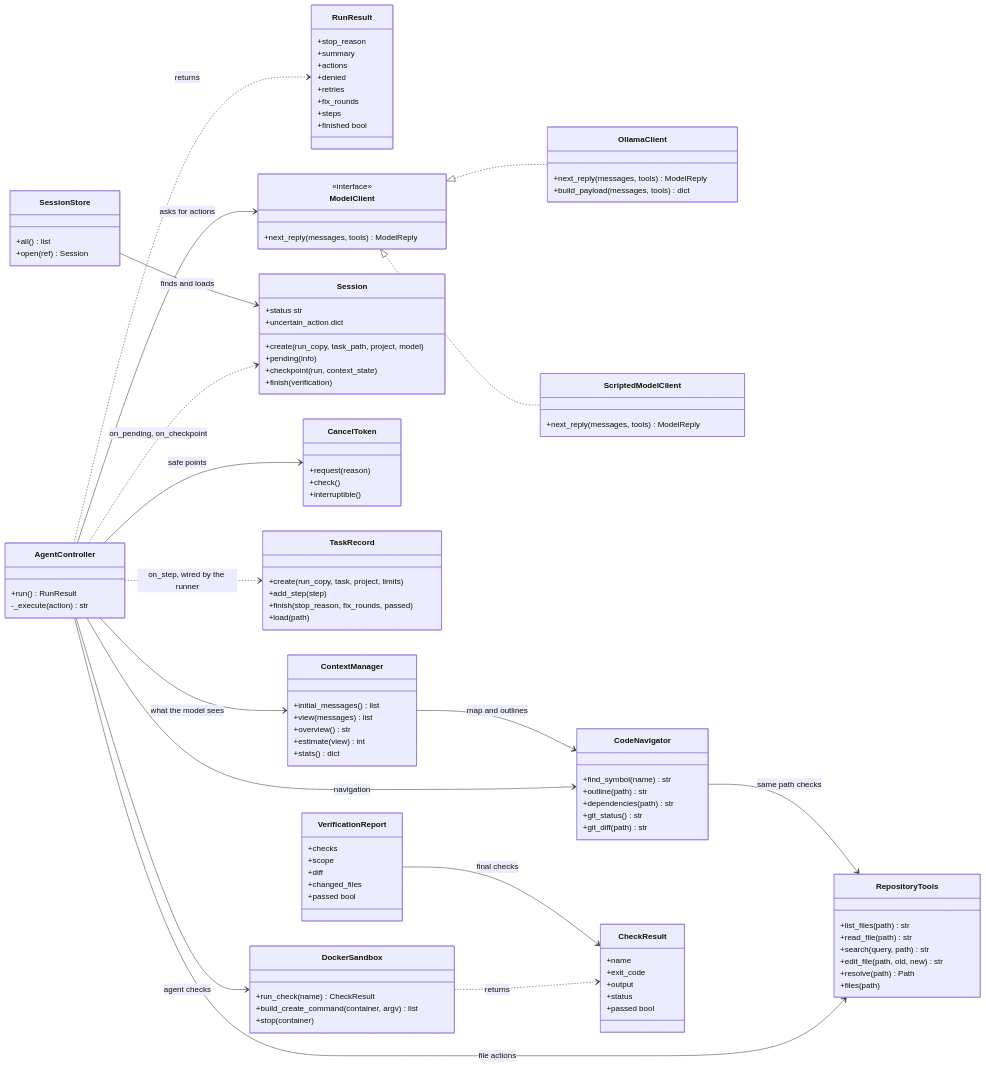
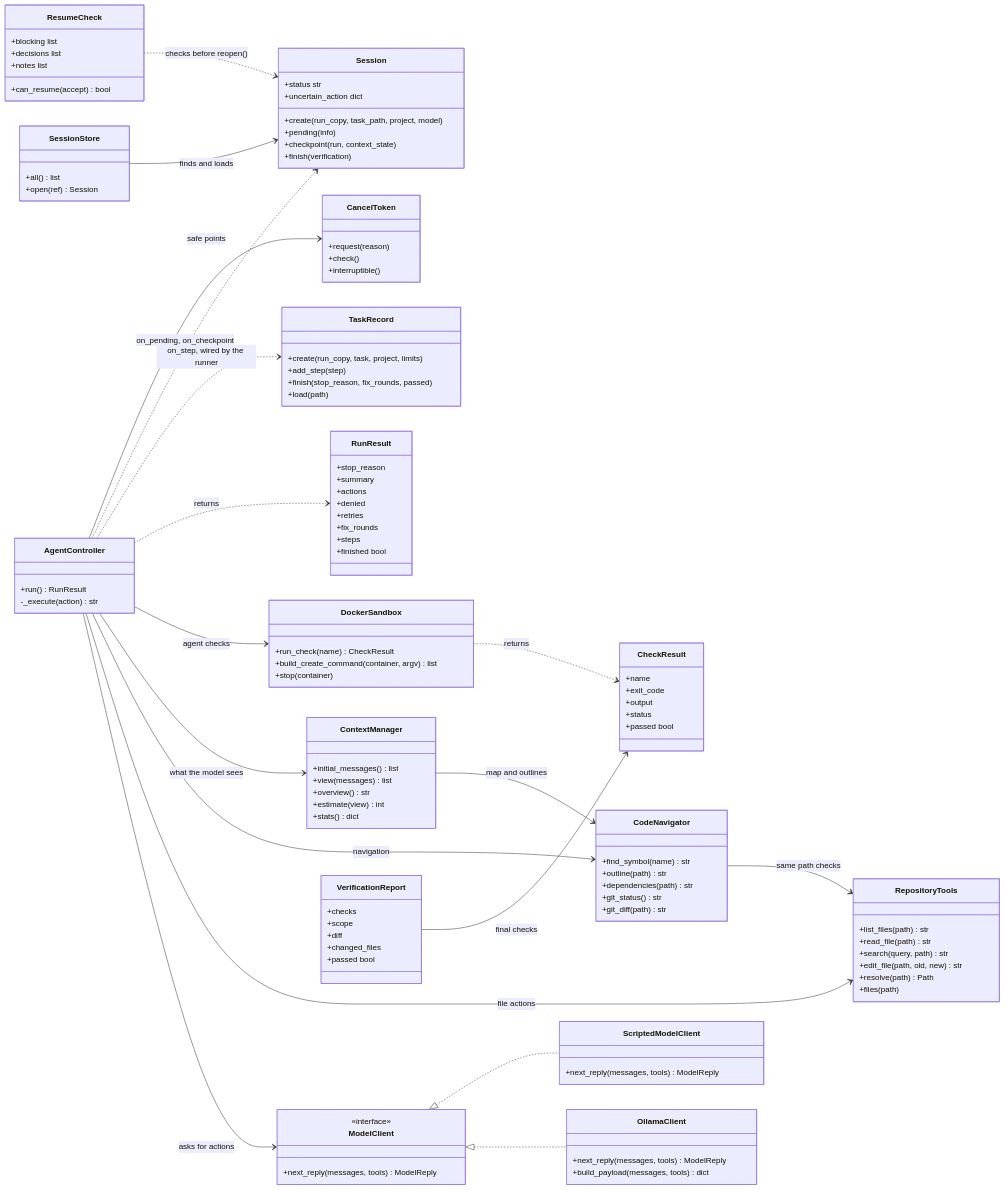
One commit to linda-gan/swe25-aaia-coding-harness changed the second of 8 diagrams in README.md. Above: the diagram before and after it, drawn with Mermaid. The commit also changed other lines of this file and 18 other files, not shown here.

````diff
--- a/README.md
+++ b/README.md
@@ -294,6 +306,12 @@
         +finish(verification)
         +status str
         +uncertain_action dict
+    }
+    class ResumeCheck {
+        +blocking list
+        +decisions list
+        +notes list
+        +can_resume(accept) bool
     }
     class CancelToken {
         +request(reason)
@@ -357,6 +375,7 @@
     AgentController ..> Session : on_pending, on_checkpoint
     SessionStore --> Session : finds and loads
     AgentController --> CancelToken : safe points
+    ResumeCheck ..> Session : checks before reopen()
     DockerSandbox ..> CheckResult : returns
     VerificationReport --> CheckResult : final checks
 ```
````
